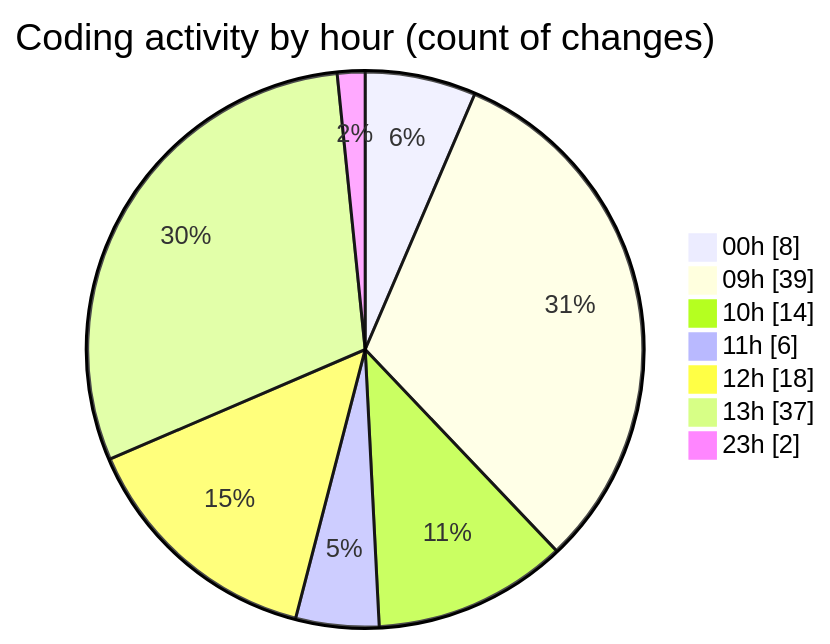
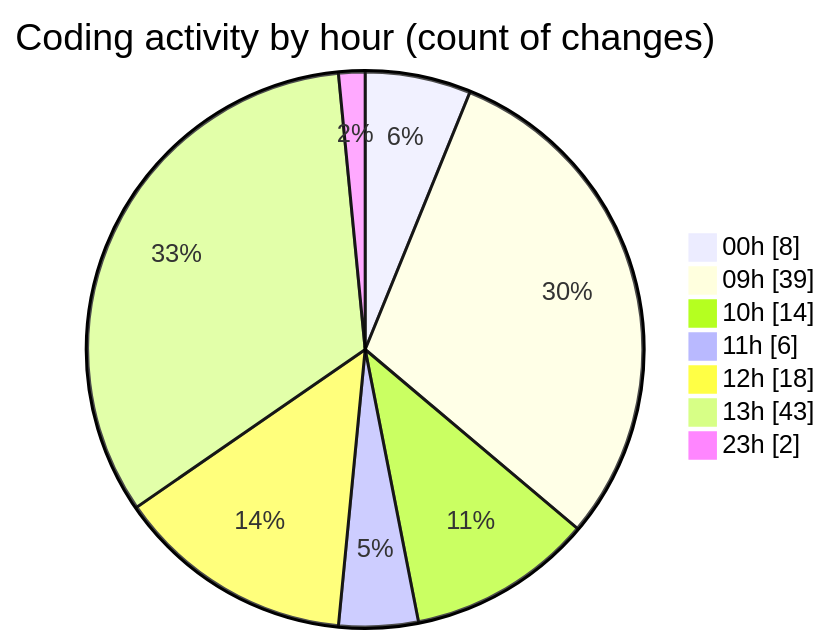
Before and after one commit to momahboobian/code-tracking: the second of 2 diagrams in 2025-12-18/cda/README.md, drawn with Mermaid. The commit also changed other lines of this file and 1 other file, not shown here.

````diff
--- a/2025-12-18/cda/README.md
+++ b/2025-12-18/cda/README.md
@@ -72,11 +72,11 @@
 ```mermaid
 pie showData
 title Coding activity by hour (count of changes)
 "00h" : 8
 "09h" : 39
 "10h" : 14
 "11h" : 6
 "12h" : 18
-"13h" : 37
+"13h" : 43
 "23h" : 2
 ```
````
